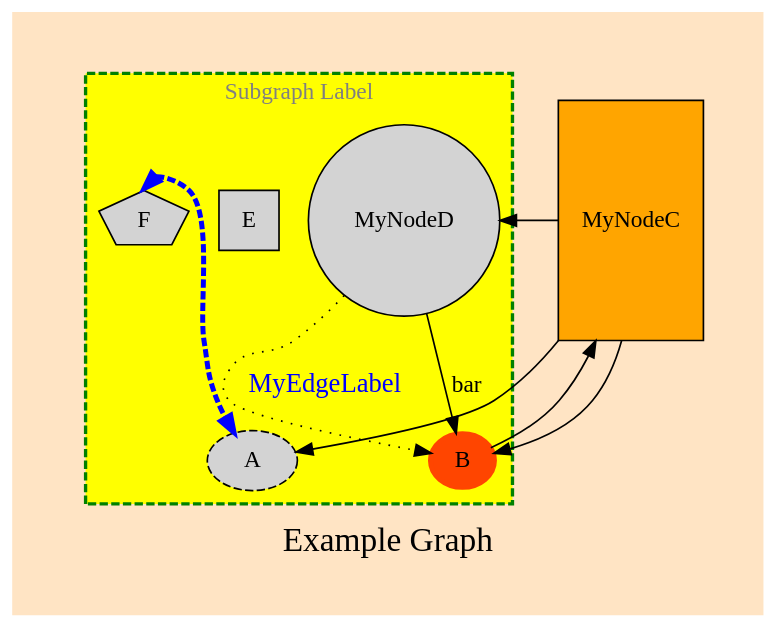
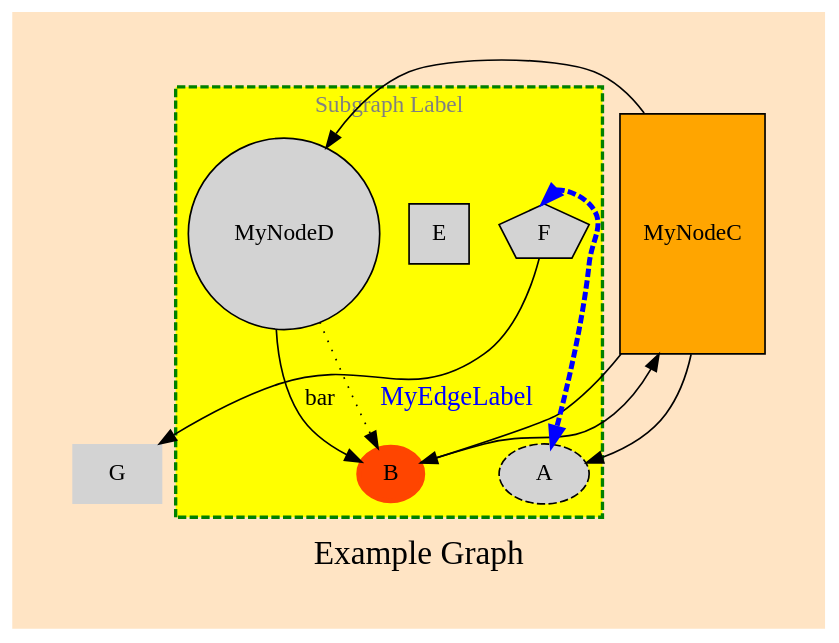
Before and after one commit to jjermann/sharpgraph: the diagram in UnitTests/TestExamples/example.dot, drawn with Graphviz. The commit also changed 2 other files, not shown here.

Commit message:
handle shape none

```diff
--- a/UnitTests/TestExamples/example.dot
+++ b/UnitTests/TestExamples/example.dot
@@ -1,26 +1,28 @@
 digraph {
   bgcolor="bisque"
   pad="0.5,0.4"
   label="Example Graph"
   fontsize=20
   node [style=filled]
   A [style="dashed,filled"]
   B->C->{
     A; D; {
 	  A; B [width=0.3, height=0.3, penwidth=3, color=orangered]
 	}
   }
   C [label="MyNodeC", shape="rect", fillcolor=orange, width=1, height=2]
   D->B [label="MyEdgeLabel", fontcolor="blue", fontsize=16, style=dotted]
   D [label="MyNodeD", shape="circle"];
   subgraph cluster0 {
     graph [bgcolor="yellow", pencolor="green", penwidth=2, style=dashed]
 	label="Subgraph Label"
 	fontsize=14
 	fontcolor=gray
     E [shape="square"]
 	F:n->A [penwidth=3, color="blue", dir=both, style=dashed]
 	D->B [label="bar"]
   }
   F [shape=polygon, sides=5]
+  G [shape=none]
+  F -> G
 }
```
